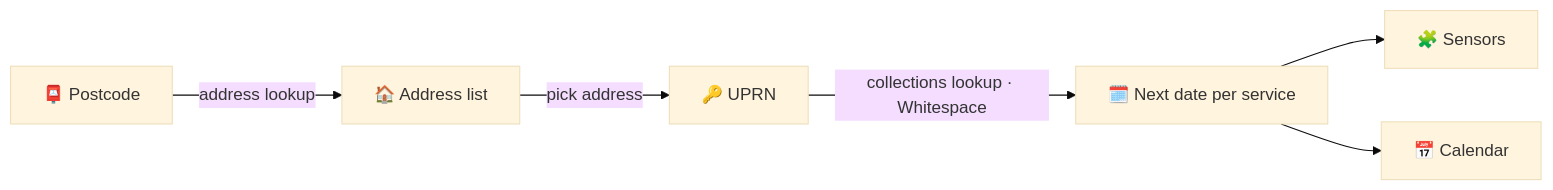
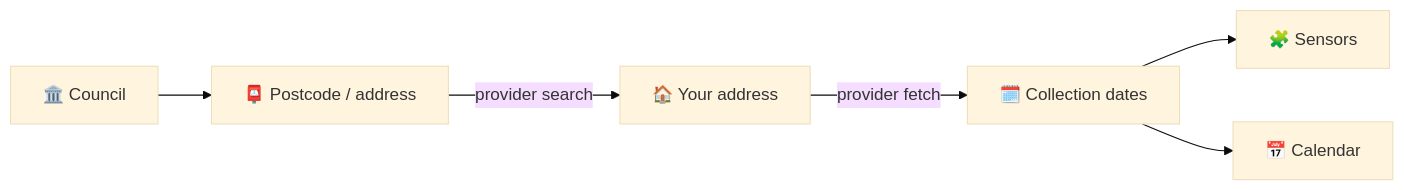
Before and after one commit to Playcolors-co/ha-binhass: the diagram in README.md, drawn with Mermaid (base theme). The commit also changed other lines of this file and 15 other files, not shown here.

First line of the commit message:
0.3.0b1: UK-wide rebuild — provider architecture (multi-council)

````diff
--- a/README.md
+++ b/README.md
@@ -113,8 +102,8 @@
 ```mermaid
 flowchart LR
-    P["📮 Postcode"] -->|"address lookup"| A["🏠 Address list"]
-    A -->|"pick address"| U["🔑 UPRN"]
-    U -->|"collections lookup · Whitespace"| D["🗓️ Next date per service"]
+    C["🏛️ Council"] --> Q["📮 Postcode / address"]
+    Q -->|"provider search"| A["🏠 Your address"]
+    A -->|"provider fetch"| D["🗓️ Collection dates"]
     D --> S["🧩 Sensors"]
-    D --> C["📅 Calendar"]
+    D --> Cal["📅 Calendar"]
 ```
````
